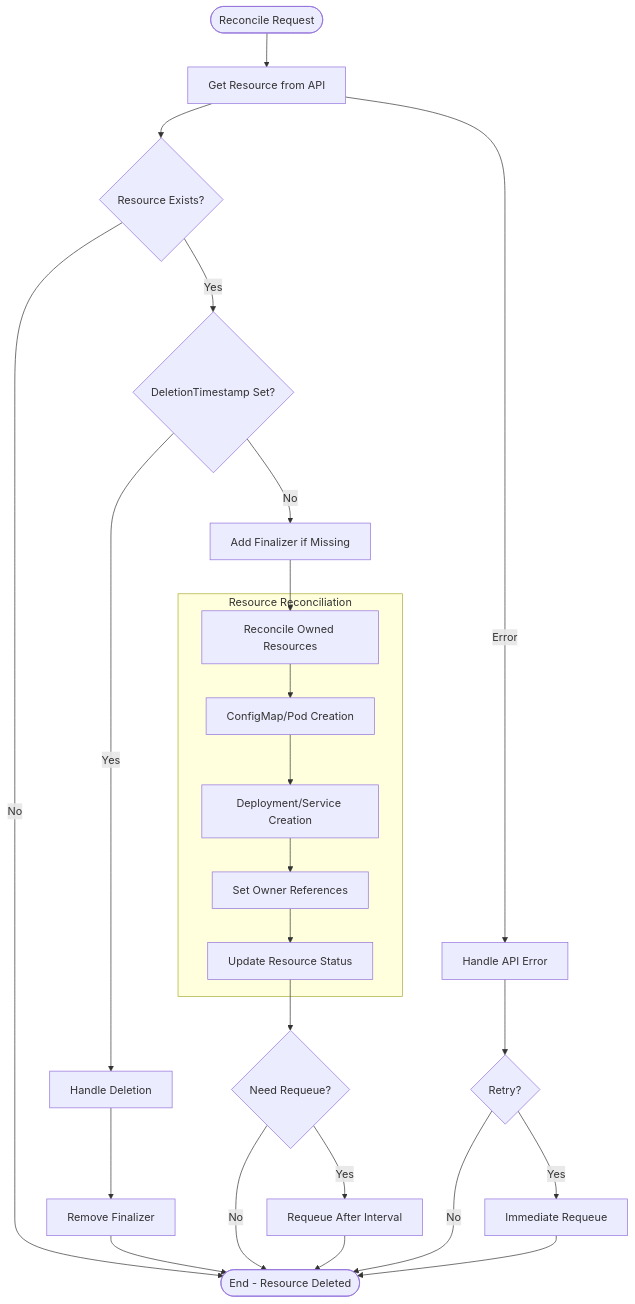
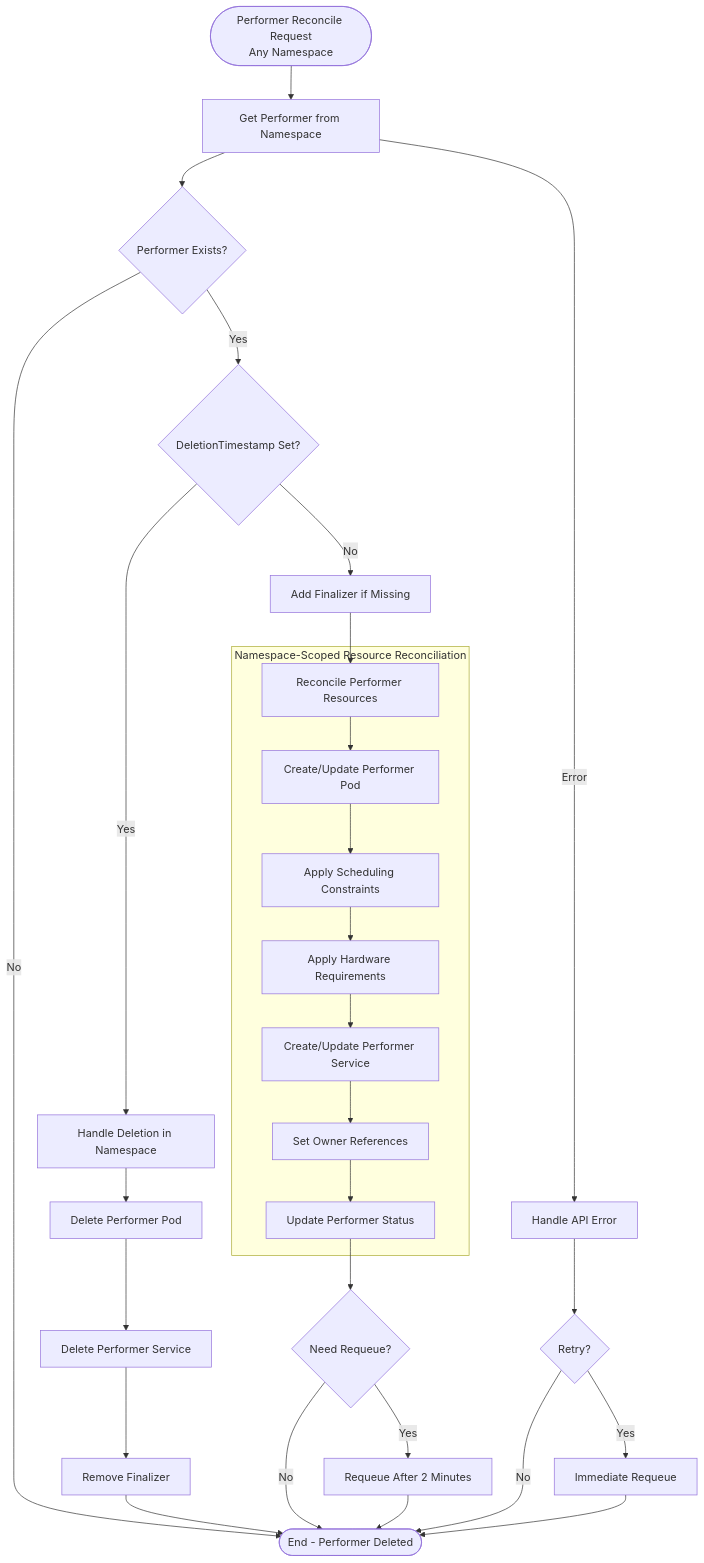
Before and after one commit to Layr-Labs/hourglass-monorepo: the fourth of 10 diagrams in hourglass-operator/docs/operator/process-flows.md, drawn with Mermaid. The commit also changed other lines of this file and 4 other files, not shown here.

Commit message:
refactored and updated architecture

````diff
--- a/hourglass-operator/docs/operator/process-flows.md
+++ b/hourglass-operator/docs/operator/process-flows.md
@@ -148,33 +181,37 @@
 ```mermaid
 flowchart TD
-    Start([Reconcile Request]) --> GetResource[Get Resource from API]
-    GetResource --> ResourceExists{Resource Exists?}
+    Start([Performer Reconcile Request<br/>Any Namespace]) --> GetPerformer[Get Performer from Namespace]
+    GetPerformer --> ResourceExists{Performer Exists?}
     
-    ResourceExists -->|No| End([End - Resource Deleted])
+    ResourceExists -->|No| End([End - Performer Deleted])
     ResourceExists -->|Yes| CheckDeletion{DeletionTimestamp Set?}
     
-    CheckDeletion -->|Yes| HandleDeletion[Handle Deletion]
-    HandleDeletion --> RemoveFinalizer[Remove Finalizer]
+    CheckDeletion -->|Yes| HandleDeletion[Handle Deletion in Namespace]
+    HandleDeletion --> CleanupPod[Delete Performer Pod]
+    CleanupPod --> CleanupService[Delete Performer Service]
+    CleanupService --> RemoveFinalizer[Remove Finalizer]
     RemoveFinalizer --> End
     
     CheckDeletion -->|No| AddFinalizer[Add Finalizer if Missing]
-    AddFinalizer --> ReconcileResources[Reconcile Owned Resources]
+    AddFinalizer --> ReconcileResources[Reconcile Performer Resources]
     
-    subgraph "Resource Reconciliation"
-        ReconcileResources --> ConfigMap[ConfigMap/Pod Creation]
-        ConfigMap --> Deployment[Deployment/Service Creation]
-        Deployment --> OwnerRef[Set Owner References]
-        OwnerRef --> StatusUpdate[Update Resource Status]
+    subgraph "Namespace-Scoped Resource Reconciliation"
+        ReconcileResources --> PodCreation[Create/Update Performer Pod]
+        PodCreation --> ApplyScheduling[Apply Scheduling Constraints]
+        ApplyScheduling --> ApplyHardware[Apply Hardware Requirements]
+        ApplyHardware --> ServiceCreation[Create/Update Performer Service]
+        ServiceCreation --> OwnerRef[Set Owner References]
+        OwnerRef --> StatusUpdate[Update Performer Status]
     end
     
     StatusUpdate --> CheckRequeue{Need Requeue?}
-    CheckRequeue -->|Yes| RequeueAfter[Requeue After Interval]
+    CheckRequeue -->|Yes| RequeueAfter[Requeue After 2 Minutes]
     CheckRequeue -->|No| End
     RequeueAfter --> End
     
-    GetResource -->|Error| ErrorHandler[Handle API Error]
+    GetPerformer -->|Error| ErrorHandler[Handle API Error]
     ErrorHandler --> RetryDecision{Retry?}
     RetryDecision -->|Yes| RequeueImmediate[Immediate Requeue]
     RetryDecision -->|No| End
     RequeueImmediate --> End
 ```
````
